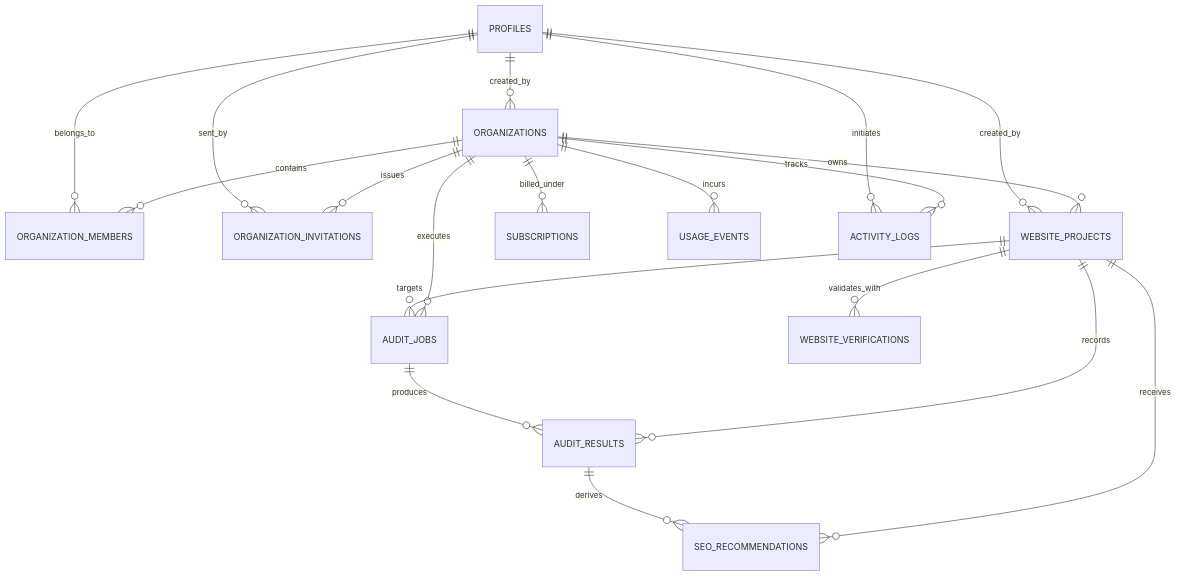
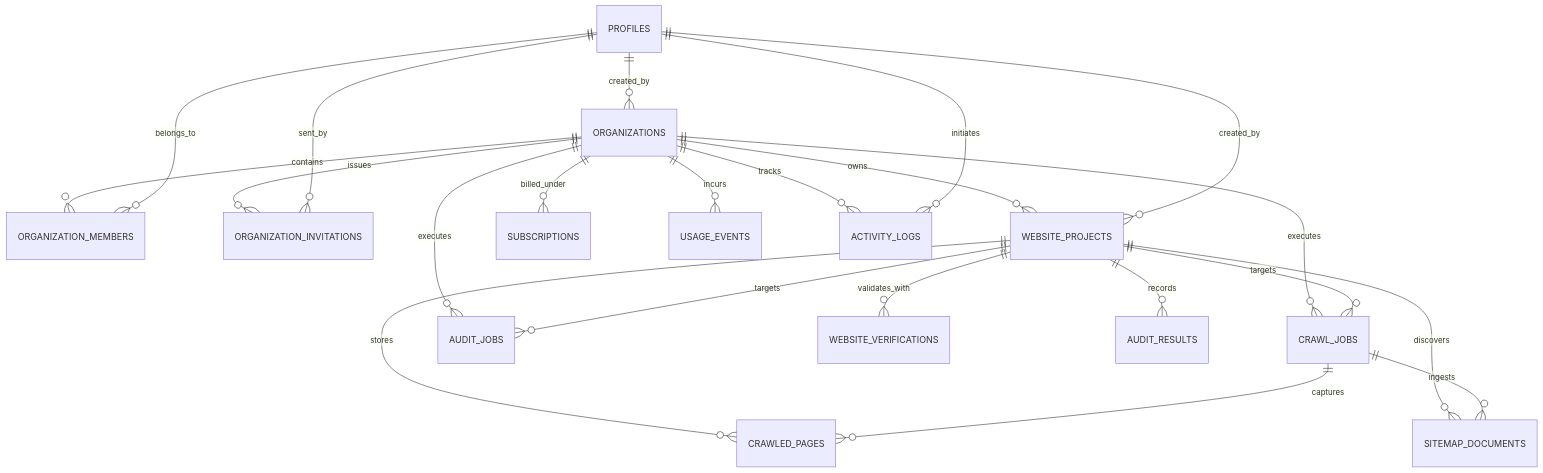
Before and after one commit to BULLET-USMAN/rankforge-ai: the diagram in docs/DATABASE.md, drawn with Mermaid. The commit also changed other lines of this file and 38 other files, not shown here.

````diff
--- a/docs/DATABASE.md
+++ b/docs/DATABASE.md
@@ -10,24 +10,27 @@
 ```mermaid
 erDiagram
     ORGANIZATIONS ||--o{ ORGANIZATION_MEMBERS : contains
     ORGANIZATIONS ||--o{ ORGANIZATION_INVITATIONS : issues
     ORGANIZATIONS ||--o{ WEBSITE_PROJECTS : owns
+    ORGANIZATIONS ||--o{ CRAWL_JOBS : executes
     ORGANIZATIONS ||--o{ AUDIT_JOBS : executes
     ORGANIZATIONS ||--o{ SUBSCRIPTIONS : billed_under
     ORGANIZATIONS ||--o{ USAGE_EVENTS : incurs
     ORGANIZATIONS ||--o{ ACTIVITY_LOGS : tracks
 
     PROFILES ||--o{ ORGANIZATION_MEMBERS : belongs_to
     PROFILES ||--o{ ORGANIZATION_INVITATIONS : sent_by
     PROFILES ||--o{ ACTIVITY_LOGS : initiates
     PROFILES ||--o{ ORGANIZATIONS : created_by
     PROFILES ||--o{ WEBSITE_PROJECTS : created_by
 
     WEBSITE_PROJECTS ||--o{ WEBSITE_VERIFICATIONS : validates_with
+    WEBSITE_PROJECTS ||--o{ CRAWL_JOBS : targets
+    WEBSITE_PROJECTS ||--o{ CRAWLED_PAGES : stores
+    WEBSITE_PROJECTS ||--o{ SITEMAP_DOCUMENTS : discovers
     WEBSITE_PROJECTS ||--o{ AUDIT_JOBS : targets
     WEBSITE_PROJECTS ||--o{ AUDIT_RESULTS : records
-    WEBSITE_PROJECTS ||--o{ SEO_RECOMMENDATIONS : receives
 
-    AUDIT_JOBS ||--o{ AUDIT_RESULTS : produces
-    AUDIT_RESULTS ||--o{ SEO_RECOMMENDATIONS : derives
+    CRAWL_JOBS ||--o{ CRAWLED_PAGES : captures
+    CRAWL_JOBS ||--o{ SITEMAP_DOCUMENTS : ingests
 ```
````
